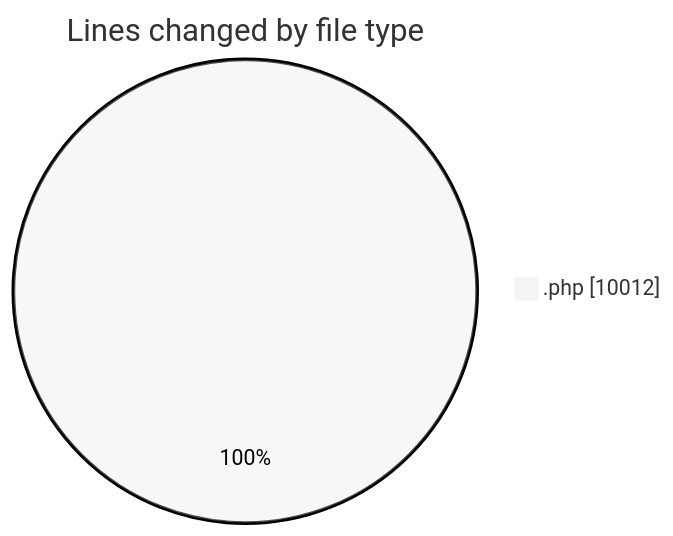
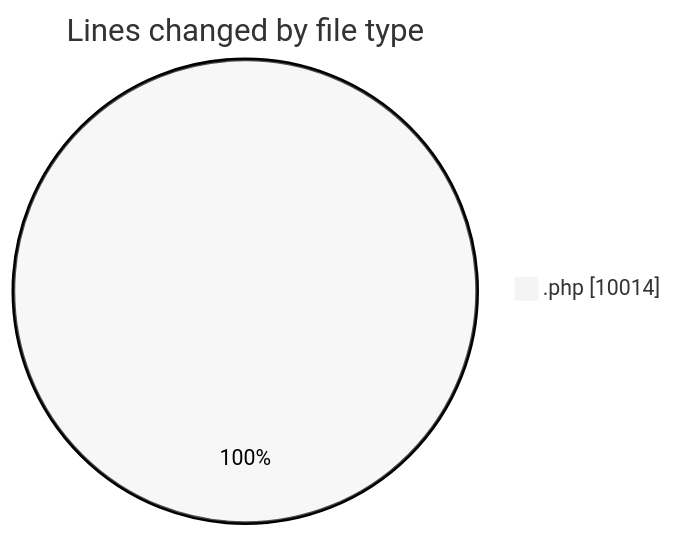
One commit to vahidmafi/code-tracking changed the first of 2 diagrams in 2025-04-10/zeytoon/README.md. Above: the diagram before and after it, drawn with Mermaid (neutral theme). The commit also changed other lines of this file and 1 other file, not shown here.

````diff
--- a/2025-04-10/zeytoon/README.md
+++ b/2025-04-10/zeytoon/README.md
@@ -31,5 +31,5 @@
 ```mermaid
 pie showData
 title Lines changed by file type
-".php" : 10012
+".php" : 10014
 ```
````
